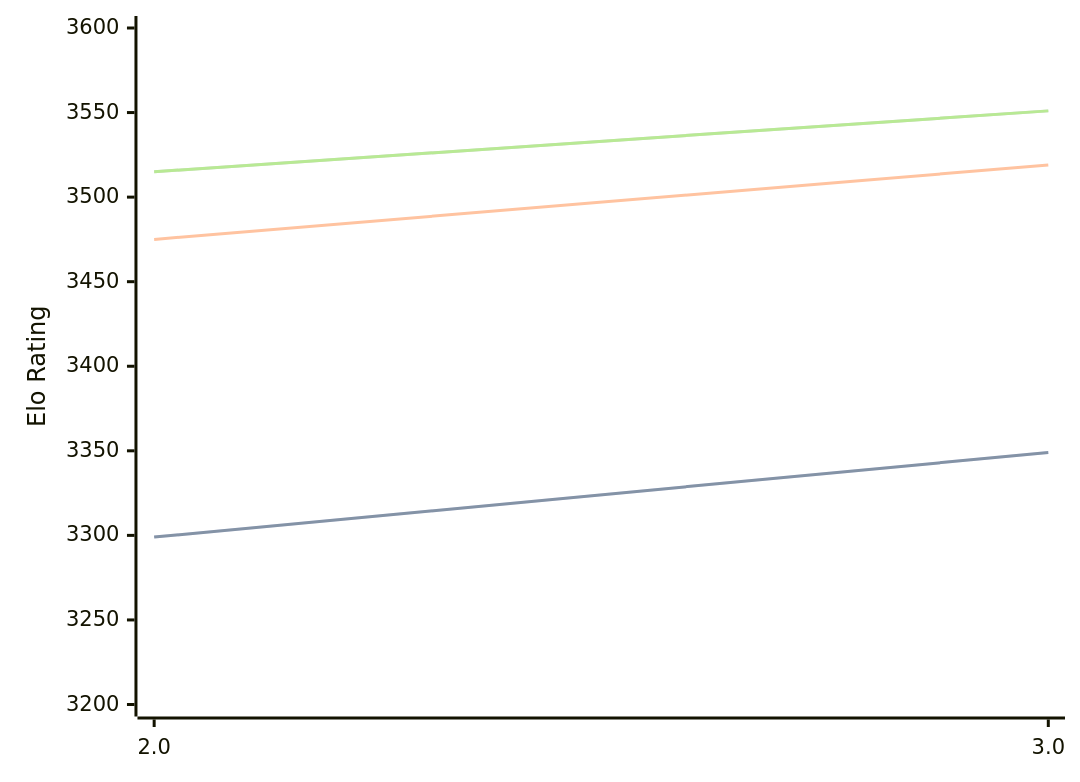
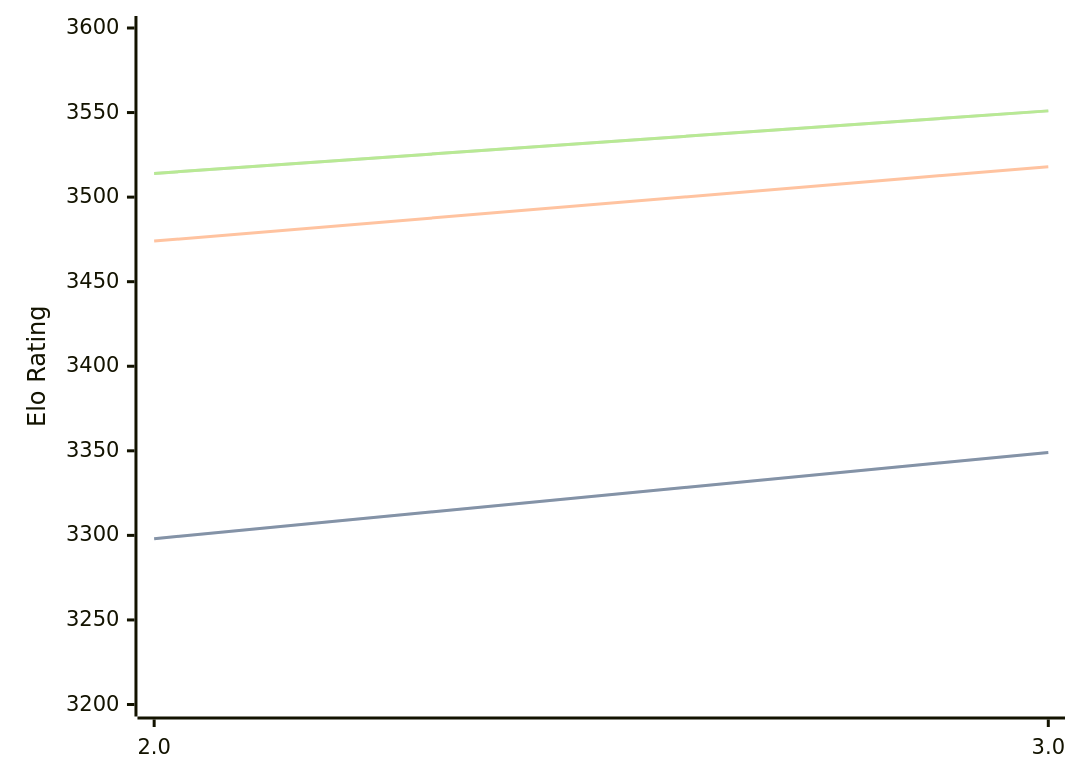
The diagram in engines/Quanticade.md (computer-chess-index/cci), drawn with Mermaid before and after one commit. The commit also changed other lines of this file, not shown here.

Commit message:
Update CCI Ratings (ELO VLTC) - 2026-09-01

````diff
--- a/engines/Quanticade.md
+++ b/engines/Quanticade.md
@@ -32,11 +32,11 @@
 ```mermaid
 %%{init: {"theme":"base","themeVariables":{"seriesColors:['#a3a3a3','#222221','#faa371']}}}%%
 xychart-beta
   x-axis ["2.0", "3.0"]
   y-axis "Elo Rating" 3200 --> 3600
-  line "" [3299, 3349]
-  line "STC (8.0+0.08s)" [3299, 3349]
-  line "LTC (60.0+0.60s)" [3475, 3519]
-  line "" [3515, 3551]
-  line "VLTC (2m24s+1.12s)" [3515, 3551]
+  line "" [3298, 3349]
+  line "STC (8.0+0.08s)" [3298, 3349]
+  line "LTC (60.0+0.60s)" [3474, 3518]
+  line "" [3514, 3551]
+  line "VLTC (2m24s+1.12s)" [3514, 3551]
 ```
````
